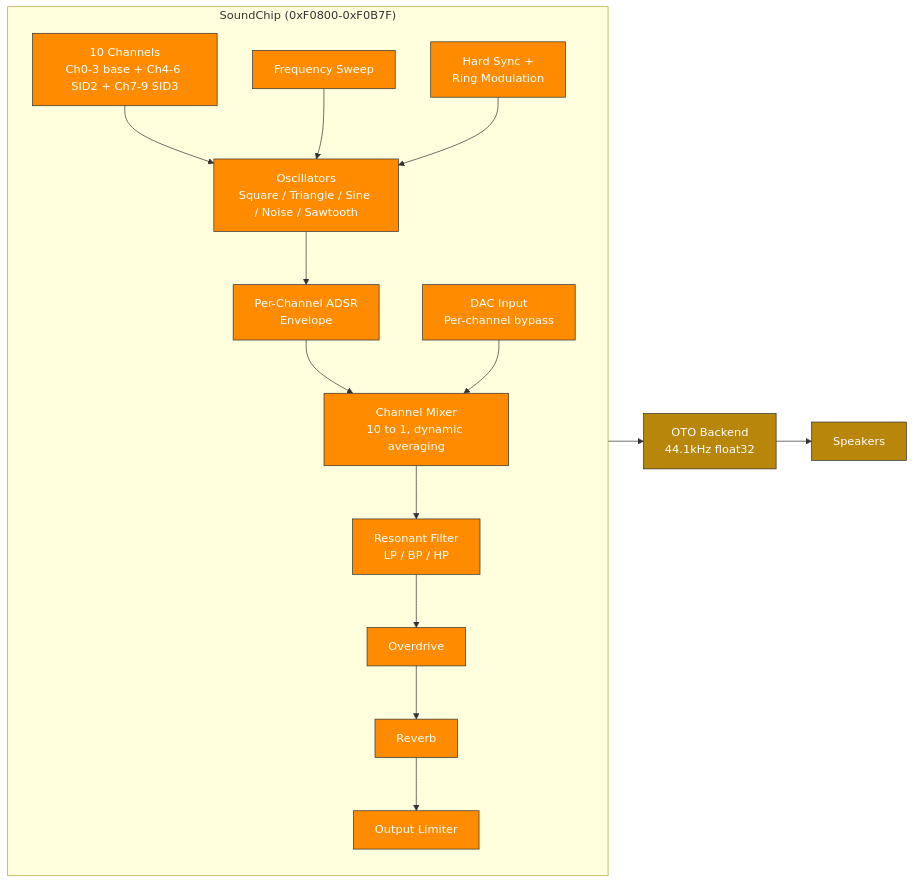
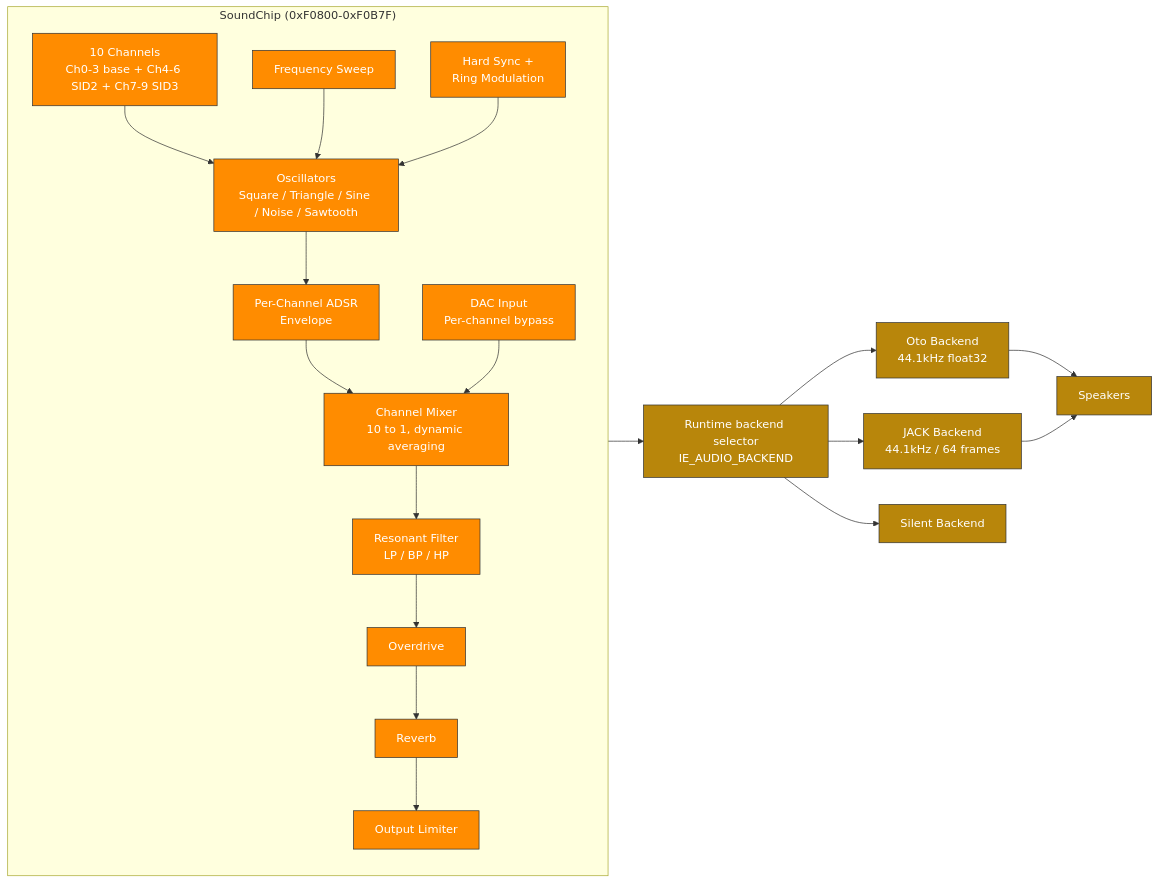
The seventh of 12 diagrams in sdk/docs/architecture.md (IntuitionAmiga/IntuitionEngine), drawn with Mermaid before and after one commit. The commit also changed other lines of this file and 108 other files, not shown here.

````diff
--- a/sdk/docs/architecture.md
+++ b/sdk/docs/architecture.md
@@ -1619,33 +1641,39 @@
 ```mermaid
 graph LR
     subgraph SCS["SoundChip (0xF0800-0xF0B7F)"]
         direction TB
         CH["10 Channels<br/>Ch0-3 base + Ch4-6 SID2 + Ch7-9 SID3"]
         OSC["Oscillators<br/>Square / Triangle / Sine / Noise / Sawtooth"]
         ENV["Per-Channel ADSR<br/>Envelope"]
         SWP["Frequency Sweep"]
         SYNC["Hard Sync +<br/>Ring Modulation"]
         DAC_IN["DAC Input<br/>Per-channel bypass"]
         MIX["Channel Mixer<br/>10 to 1, dynamic averaging"]
         FLT["Resonant Filter<br/>LP / BP / HP"]
         OVR["Overdrive"]
         REV["Reverb"]
         LIM["Output Limiter"]
     end
 
     CH --> OSC --> ENV --> MIX
     SWP --> OSC
     SYNC --> OSC
     DAC_IN --> MIX
     MIX --> FLT --> OVR --> REV --> LIM
 
-    OTO["OTO Backend<br/>44.1kHz float32"]
+    SELECT["Runtime backend selector<br/>IE_AUDIO_BACKEND"]
+    OTO["Oto Backend<br/>44.1kHz float32"]
+    JACK["JACK Backend<br/>44.1kHz / 64 frames"]
+    NULL["Silent Backend"]
     SPK["Speakers"]
 
-    LIM --> OTO --> SPK
+    LIM --> SELECT
+    SELECT --> OTO --> SPK
+    SELECT --> JACK --> SPK
+    SELECT --> NULL
 
     classDef audio fill:#FF8C00,stroke:#333,color:#fff
     classDef out fill:#B8860B,stroke:#333,color:#fff
     class CH,OSC,ENV,SWP,SYNC,DAC_IN,MIX,FLT,OVR,REV,LIM audio
-    class OTO,SPK out
+    class SELECT,OTO,JACK,NULL,SPK out
 ```
````
